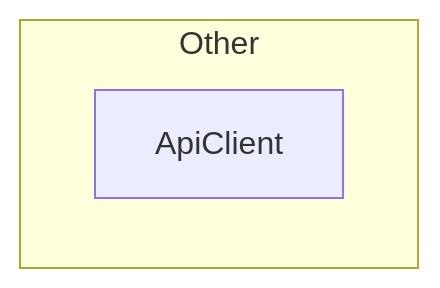
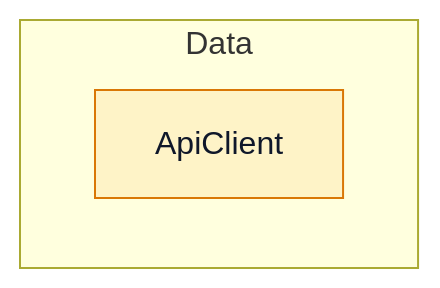
Before and after one commit to pfranccino/android-module-map: the first of 2 diagrams in examples/core-network.md, drawn with Mermaid. The commit also changed other lines of this file and 5 other files, not shown here.

````diff
--- a/examples/core-network.md
+++ b/examples/core-network.md
@@ -9,6 +9,8 @@
 ```mermaid
 graph TD
-    subgraph Other
+    subgraph Data
         n0["ApiClient"]
     end
+    classDef layerData fill:#fef3c7,stroke:#d97706,color:#0f172a
+    class n0 layerData
 ```
````
